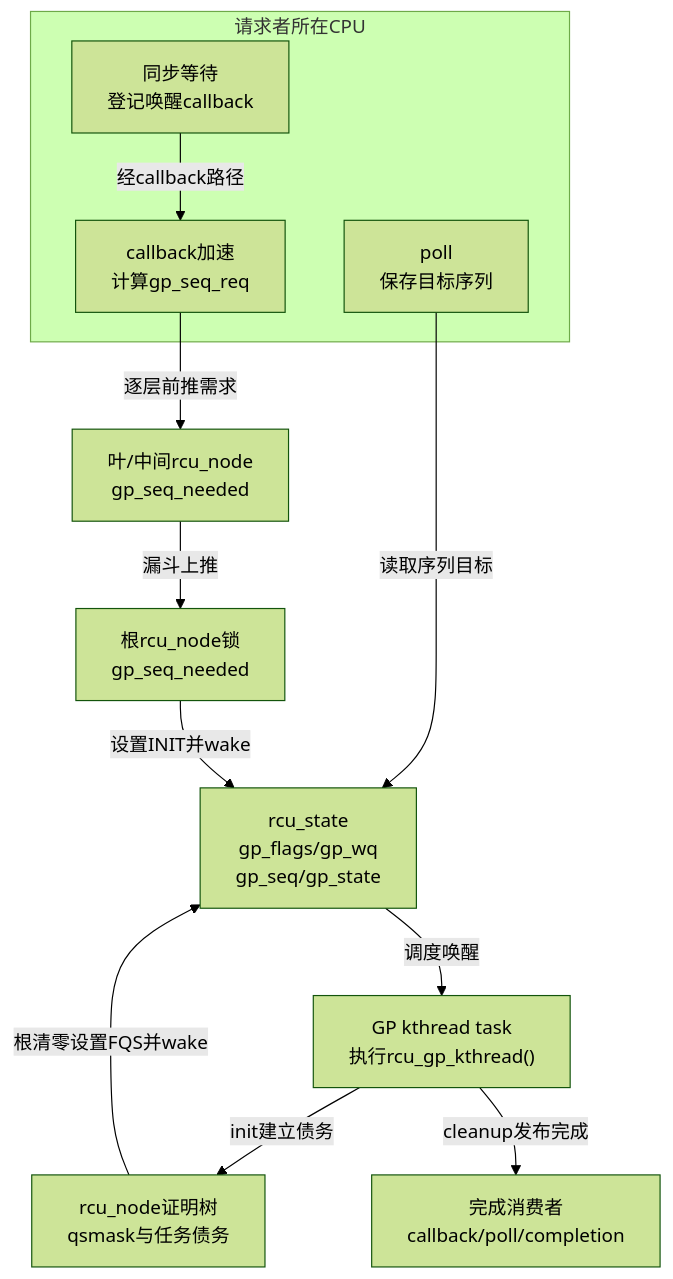
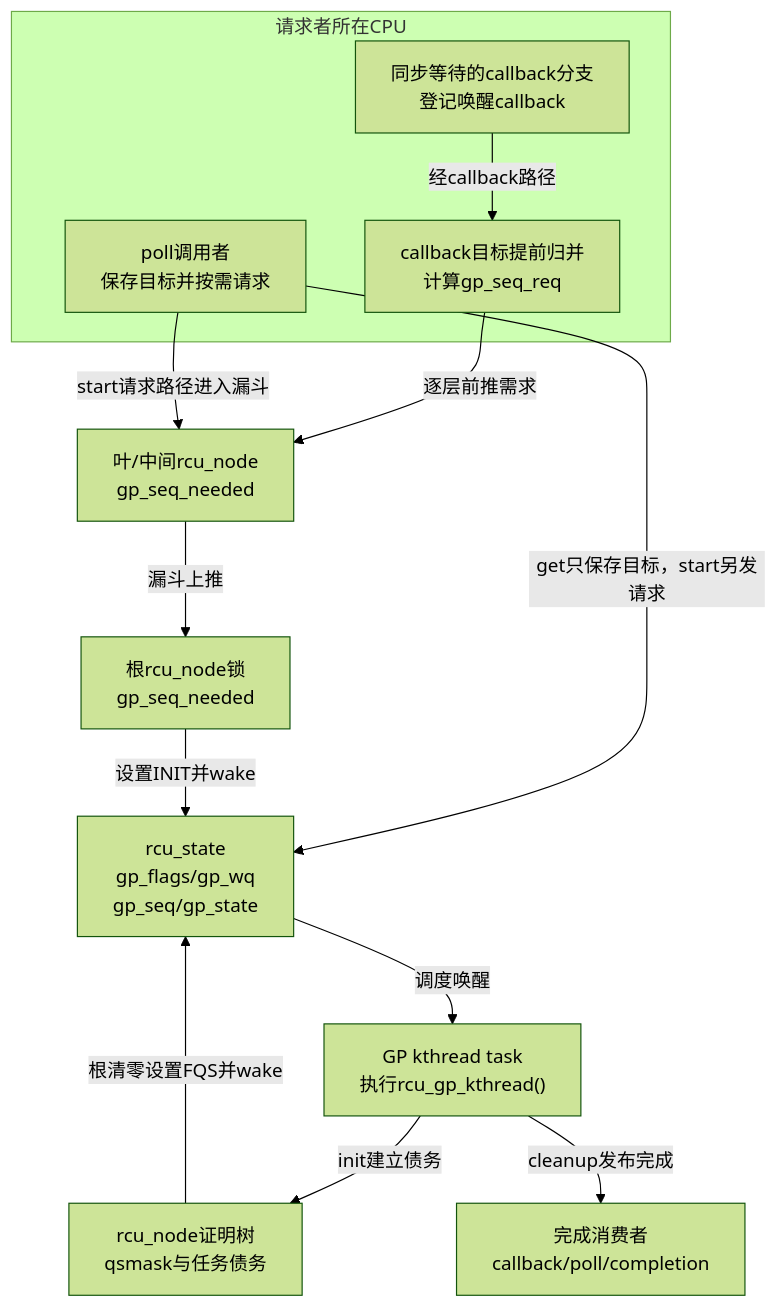
One commit to FormingSystem/linux_note changed the first of 2 diagrams in research/source_reading/rcu/navigation/P03_Linux_6.12_Tree_RCU_GP全局生命周期模块源码概念导读.md. Above: the diagram before and after it, drawn with Mermaid (forest theme). The commit also changed other lines of this file and 1 other file, not shown here.

````diff
--- a/research/source_reading/rcu/navigation/P03_Linux_6.12_Tree_RCU_GP全局生命周期模块源码概念导读.md
+++ b/research/source_reading/rcu/navigation/P03_Linux_6.12_Tree_RCU_GP全局生命周期模块源码概念导读.md
@@ -70,25 +74,26 @@
 ```mermaid
 flowchart TB
     subgraph Requesters["请求者所在CPU"]
-        C["callback加速<br/>计算gp_seq_req"]
-        S["同步等待<br/>登记唤醒callback"]
-        P["poll<br/>保存目标序列"]
+        C["callback目标提前归并<br/>计算gp_seq_req"]
+        S["同步等待的callback分支<br/>登记唤醒callback"]
+        P["poll调用者<br/>保存目标并按需请求"]
     end
 
     L["叶/中间rcu_node<br/>gp_seq_needed"]
     R["根rcu_node锁<br/>gp_seq_needed"]
     G["rcu_state<br/>gp_flags/gp_wq<br/>gp_seq/gp_state"]
     K["GP kthread task<br/>执行rcu_gp_kthread()"]
     Q["rcu_node证明树<br/>qsmask与任务债务"]
     D["完成消费者<br/>callback/poll/completion"]
 
     C -->|"逐层前推需求"| L
     S -->|"经callback路径"| C
-    P -->|"读取序列目标"| G
+    P -->|"get只保存目标，start另发请求"| G
+    P -->|"start请求路径进入漏斗"| L
     L -->|"漏斗上推"| R
     R -->|"设置INIT并wake"| G
     G -->|"调度唤醒"| K
     K -->|"init建立债务"| Q
     Q -->|"根清零设置FQS并wake"| G
     K -->|"cleanup发布完成"| D
 ```
````
